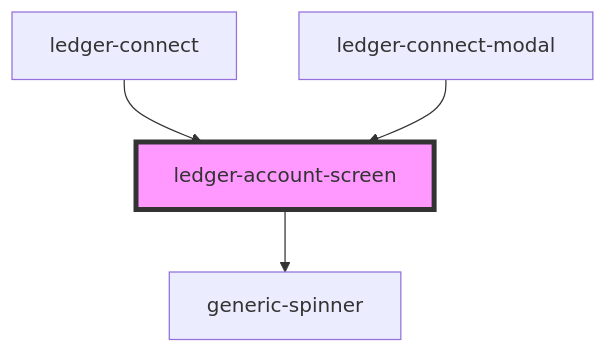
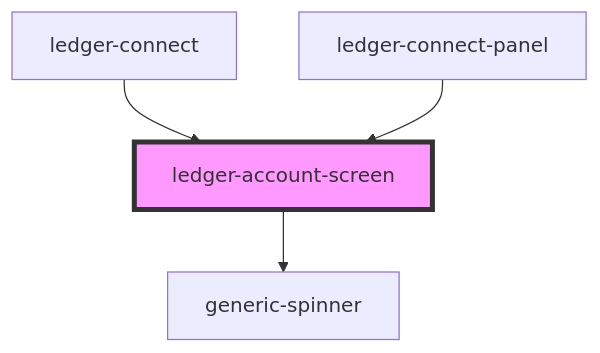
Before and after one commit to multiversx/mx-sdk-dapp-ui: the diagram in src/components/functional/ledger-connect-components/components/ledger-account-screen/readme.md, drawn with Mermaid. The commit also changed other lines of this file and 31 other files, not shown here.

````diff
--- a/src/components/functional/ledger-connect-components/components/ledger-account-screen/readme.md
+++ b/src/components/functional/ledger-connect-components/components/ledger-account-screen/readme.md
@@ -38,7 +38,7 @@
 ```mermaid
 graph TD;
   ledger-account-screen --> generic-spinner
   ledger-connect --> ledger-account-screen
-  ledger-connect-modal --> ledger-account-screen
+  ledger-connect-panel --> ledger-account-screen
   style ledger-account-screen fill:#f9f,stroke:#333,stroke-width:4px
 ```
````
